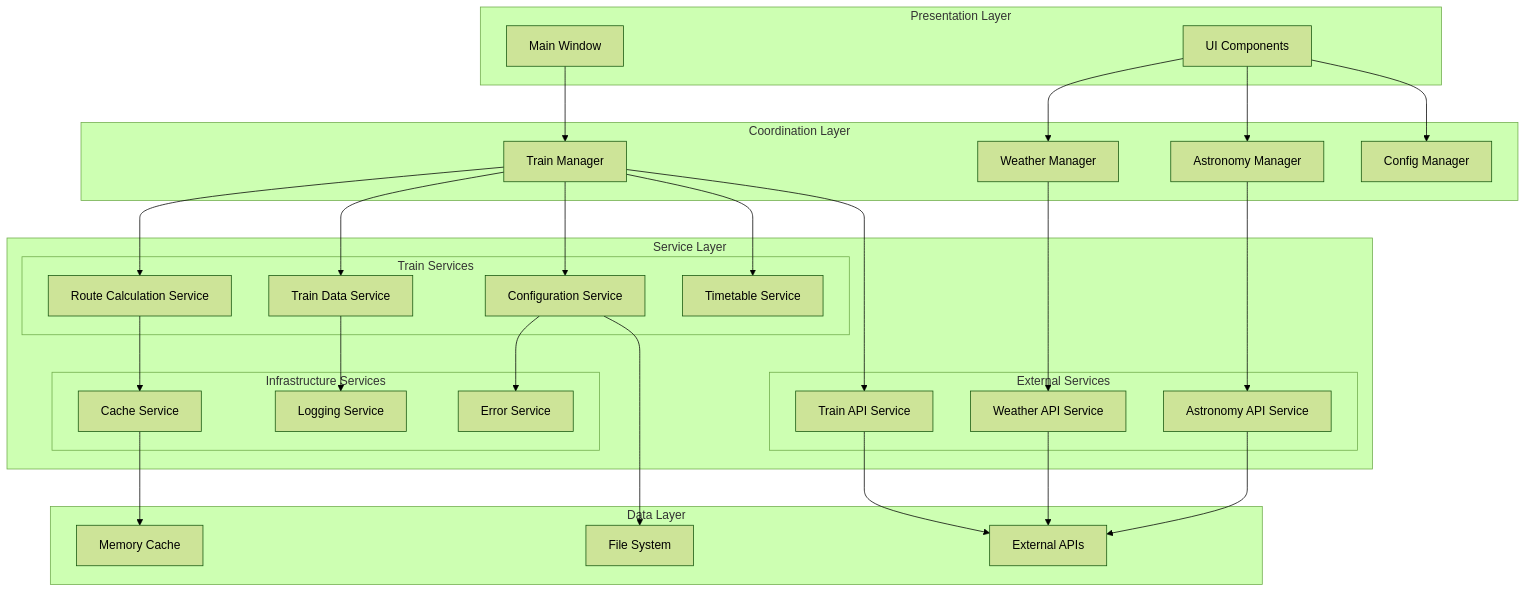
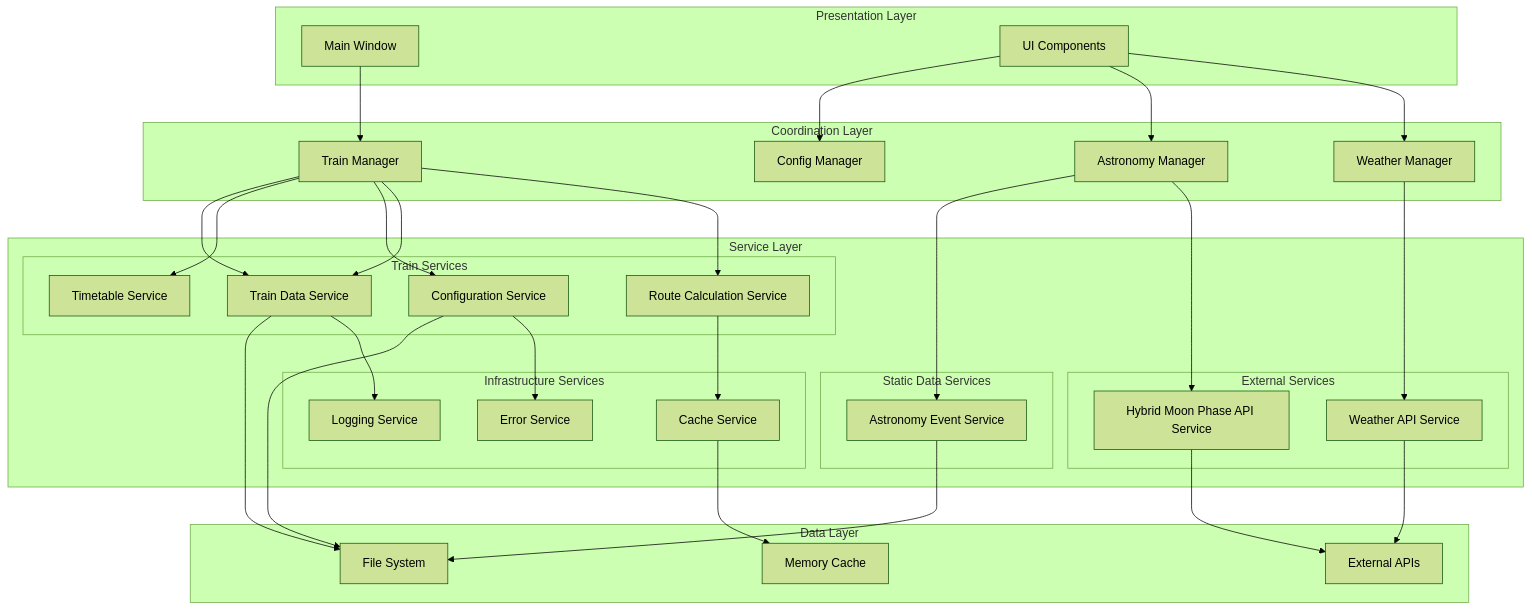
One commit to oernster/trainer changed the first of 15 diagrams in docs/service-architecture.md. Above: the diagram before and after it, drawn with Mermaid (forest theme). The commit also changed other lines of this file and 19 other files, not shown here.

Commit message:
Hybrid API moon phasing solution for accuracy.

````diff
--- a/docs/service-architecture.md
+++ b/docs/service-architecture.md
@@ -9,65 +9,71 @@
 ```mermaid
 graph TB
     subgraph "Presentation Layer"
         MW[Main Window]
         UI[UI Components]
     end
     
     subgraph "Coordination Layer"
         TM[Train Manager]
         WM[Weather Manager]
         AM[Astronomy Manager]
         CM[Config Manager]
     end
     
     subgraph "Service Layer"
         subgraph "Train Services"
             RCS[Route Calculation Service]
             TDS[Train Data Service]
             CS[Configuration Service]
             TS[Timetable Service]
         end
         
         subgraph "External Services"
             WAS[Weather API Service]
-            AAS[Astronomy API Service]
-            TAS[Train API Service]
+            HMPAS[Hybrid Moon Phase API Service]
+        end
+        
+        subgraph "Static Data Services"
+            TDS[Train Data Service]
+            AES[Astronomy Event Service]
         end
         
         subgraph "Infrastructure Services"
             CAS[Cache Service]
             LS[Logging Service]
             ES[Error Service]
         end
     end
     
     subgraph "Data Layer"
         API[External APIs]
         FS[File System]
         MEM[Memory Cache]
     end
     
     MW --> TM
     UI --> WM
     UI --> AM
     UI --> CM
     
     TM --> RCS
     TM --> TDS
     TM --> CS
     TM --> TS
     
     WM --> WAS
-    AM --> AAS
-    TM --> TAS
+    AM --> HMPAS
+    AM --> AES
+    TM --> TDS
     
     RCS --> CAS
     TDS --> LS
     CS --> ES
     
     WAS --> API
-    AAS --> API
-    TAS --> API
+    HMPAS --> API
+    TDS --> FS
+    AES --> FS
     CAS --> MEM
     CS --> FS
 ```
````
